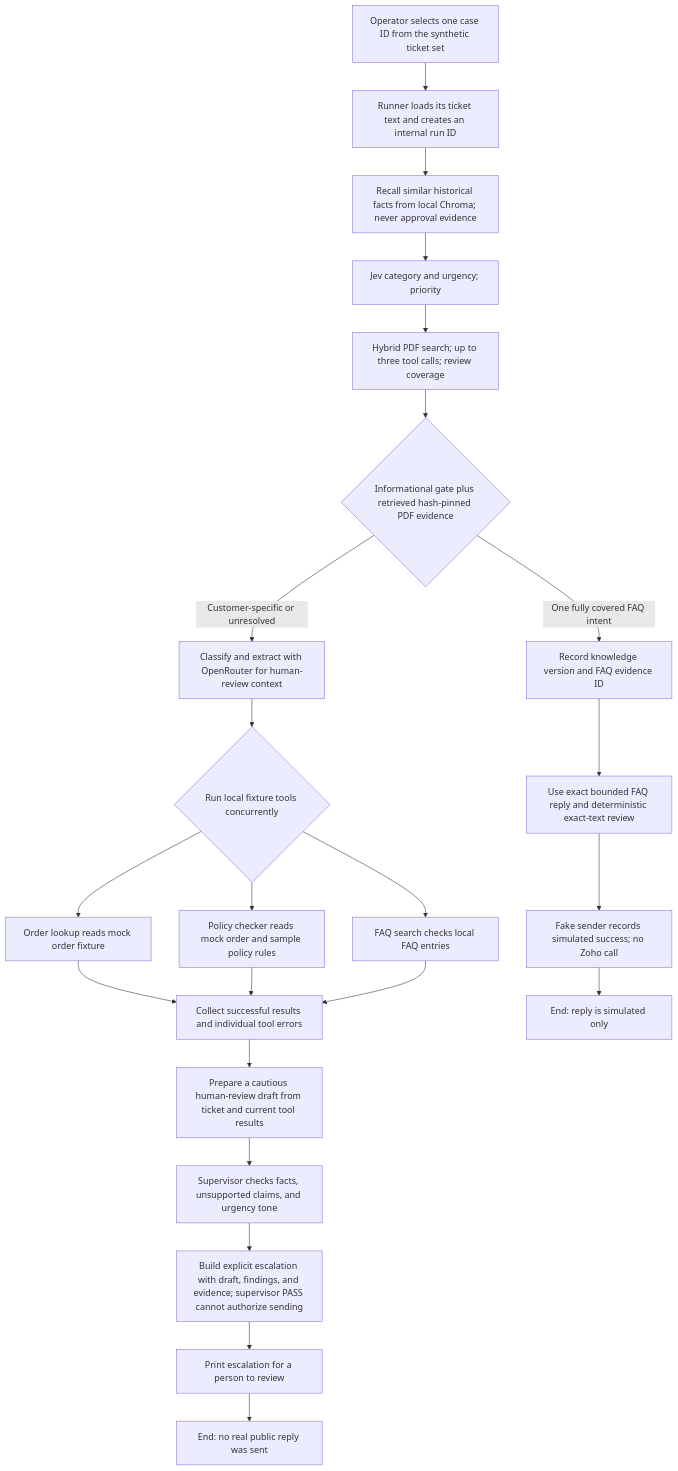
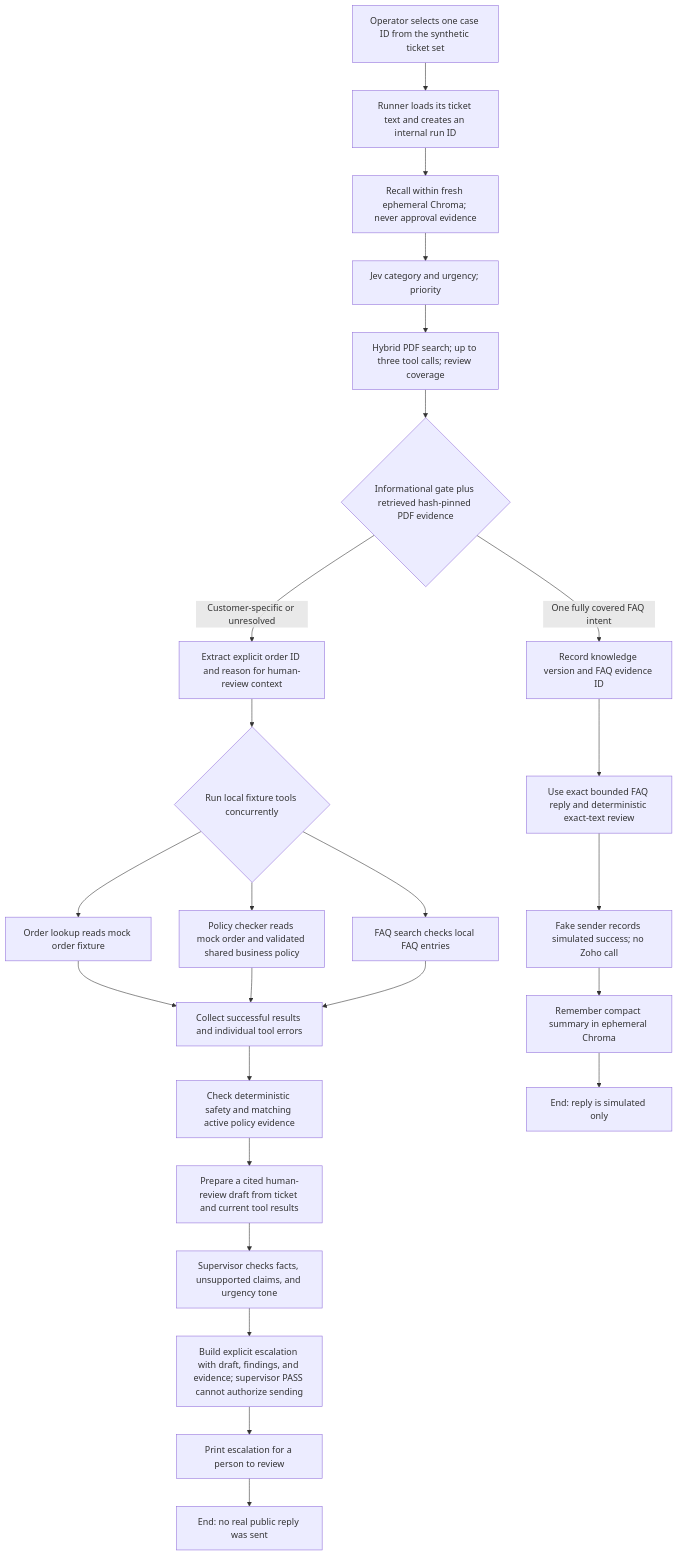
The first of 3 diagrams in flow.md (brajeshkumar7/Customer-support-ticket-triage-and-draft-response-agent), drawn with Mermaid before and after one commit. The commit also changed other lines of this file and 16 other files, not shown here.

````diff
--- a/flow.md
+++ b/flow.md
@@ -91,25 +92,27 @@
 ```mermaid
 flowchart TD
     A[Operator selects one case ID from the synthetic ticket set] --> B[Runner loads its ticket text and creates an internal run ID]
-    B --> C[Recall similar historical facts from local Chroma; never approval evidence]
+    B --> C[Recall within fresh ephemeral Chroma; never approval evidence]
     C --> TRIAGE[Jev category and urgency; priority]
     TRIAGE --> RAG[Hybrid PDF search; up to three tool calls; review coverage]
     RAG --> D{Informational gate plus retrieved hash-pinned PDF evidence}
     D -->|One fully covered FAQ intent| K[Record knowledge version and FAQ evidence ID]
     K --> R[Use exact bounded FAQ reply and deterministic exact-text review]
     R --> U[Fake sender records simulated success; no Zoho call]
-    D -->|Customer-specific or unresolved| E[Classify and extract with OpenRouter for human-review context]
+    D -->|Customer-specific or unresolved| E[Extract explicit order ID and reason for human-review context]
     E --> F{Run local fixture tools concurrently}
     F --> G[Order lookup reads mock order fixture]
-    F --> H[Policy checker reads mock order and sample policy rules]
+    F --> H[Policy checker reads mock order and validated shared business policy]
     F --> I[FAQ search checks local FAQ entries]
     G --> J[Collect successful results and individual tool errors]
     H --> J
     I --> J
-    J --> L[Prepare a cautious human-review draft from ticket and current tool results]
+    J --> CHECK[Check deterministic safety and matching active policy evidence]
+    CHECK --> L[Prepare a cited human-review draft from ticket and current tool results]
     L --> M[Supervisor checks facts, unsupported claims, and urgency tone]
     M --> Q[Build explicit escalation with draft, findings, and evidence; supervisor PASS cannot authorize sending]
-    U --> V[End: reply is simulated only]
+    U --> REM[Remember compact summary in ephemeral Chroma]
+    REM --> V[End: reply is simulated only]
     Q --> S[Print escalation for a person to review]
     S --> T[End: no real public reply was sent]
 ```
````
